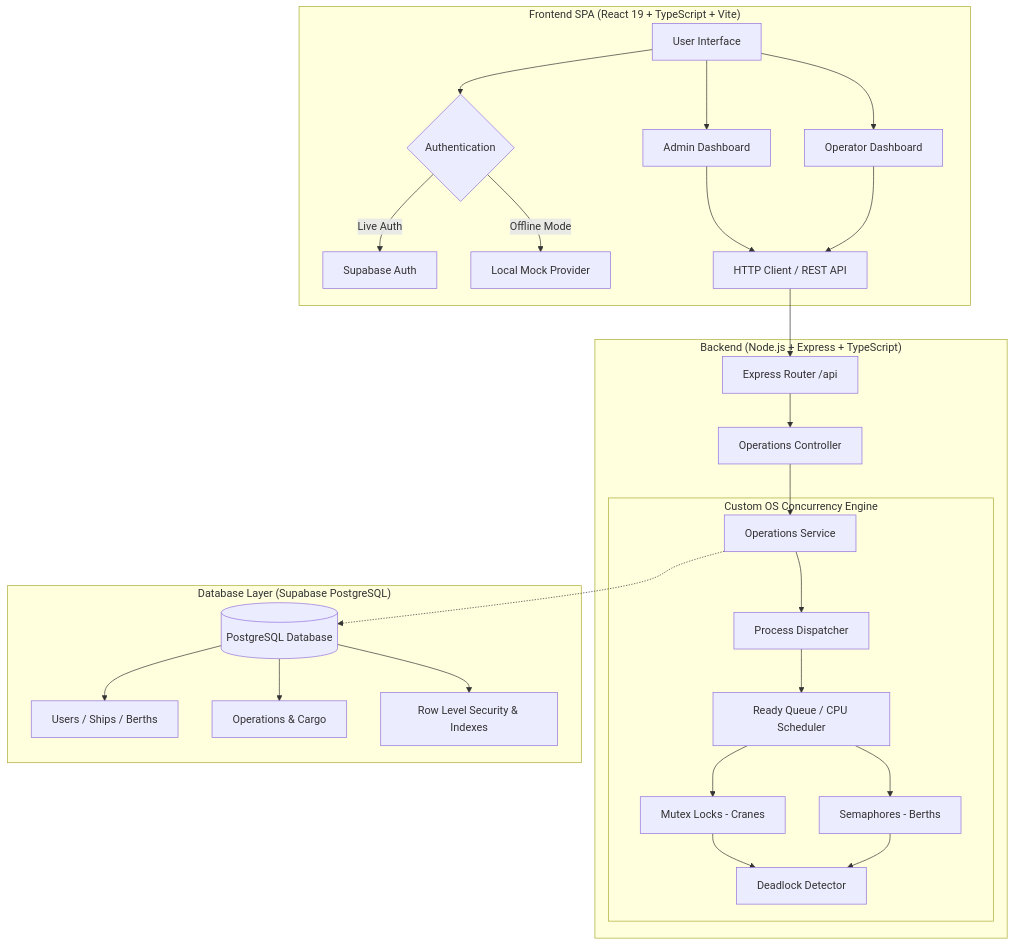
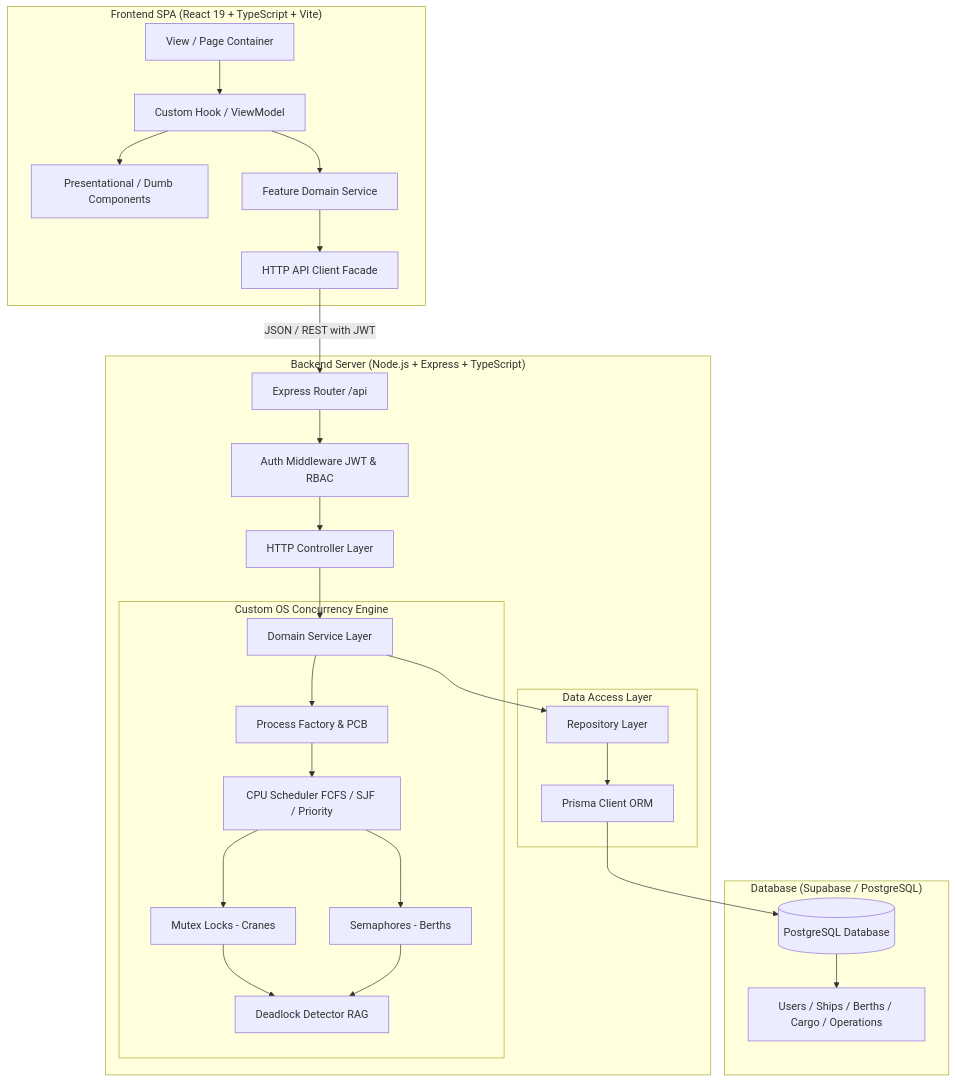
The diagram in README.md (Sujalkathait/PortFlow), drawn with Mermaid before and after one commit. The commit also changed other lines of this file and 76 other files, not shown here.

Commit message:
docs: add LLD architecture and clean up relative links for GitHub

````diff
--- a/README.md
+++ b/README.md
@@ -88,32 +59,45 @@
 ```mermaid
 flowchart TD
     subgraph Client["Frontend SPA (React 19 + TypeScript + Vite)"]
-        A[User Interface] --> B{Authentication}
-        B -- Live Auth --> C[Supabase Auth]
-        B -- Offline Mode --> D[Local Mock Provider]
-        A --> E[Admin Dashboard]
-        A --> F[Operator Dashboard]
-        E & F --> G[HTTP Client / REST API]
+        UI[View / Page Container]
+        Hook[Custom Hook / ViewModel]
+        Presentational[Presentational / Dumb Components]
+        FeatService[Feature Domain Service]
+        APIFacade[HTTP API Client Facade]
+
+        UI --> Hook
+        Hook --> Presentational
+        Hook --> FeatService
+        FeatService --> APIFacade
     end
 
-    subgraph Server["Backend (Node.js + Express + TypeScript)"]
-        G --> H[Express Router /api]
-        H --> I[Operations Controller]
-        I --> J[Operations Service]
-        
+    APIFacade -->|JSON / REST with JWT| Router
+
+    subgraph Server["Backend Server (Node.js + Express + TypeScript)"]
+        Router[Express Router /api]
+        AuthMid[Auth Middleware JWT & RBAC]
+        Controller[HTTP Controller Layer]
+        Service[Domain Service Layer]
+
+        Router --> AuthMid --> Controller
+        Controller --> Service
+
         subgraph OS_Kernel["Custom OS Concurrency Engine"]
-            J --> K[Process Dispatcher]
-            K --> L[Ready Queue / CPU Scheduler]
-            L --> M[Mutex Locks - Cranes]
-            L --> N[Semaphores - Berths]
-            M & N --> O[Deadlock Detector]
+            Service --> ProcessMgr[Process Factory & PCB]
+            ProcessMgr --> Scheduler[CPU Scheduler FCFS / SJF / Priority]
+            Scheduler --> MutexLocks[Mutex Locks - Cranes]
+            Scheduler --> Semaphores[Semaphores - Berths]
+            MutexLocks & Semaphores --> Deadlock[Deadlock Detector RAG]
+        end
+
+        subgraph Data_Layer["Data Access Layer"]
+            Service --> Repo[Repository Layer]
+            Repo --> PrismaORM[Prisma Client ORM]
         end
     end
 
-    subgraph Storage["Database Layer (Supabase PostgreSQL)"]
-        J -.-> P[(PostgreSQL Database)]
-        P --> Q[Users / Ships / Berths]
-        P --> R[Operations & Cargo]
-        P --> S[Row Level Security & Indexes]
+    subgraph Storage["Database (Supabase / PostgreSQL)"]
+        PrismaORM --> PostgresDB[(PostgreSQL Database)]
+        PostgresDB --> Tables[Users / Ships / Berths / Cargo / Operations]
     end
 ```
````
